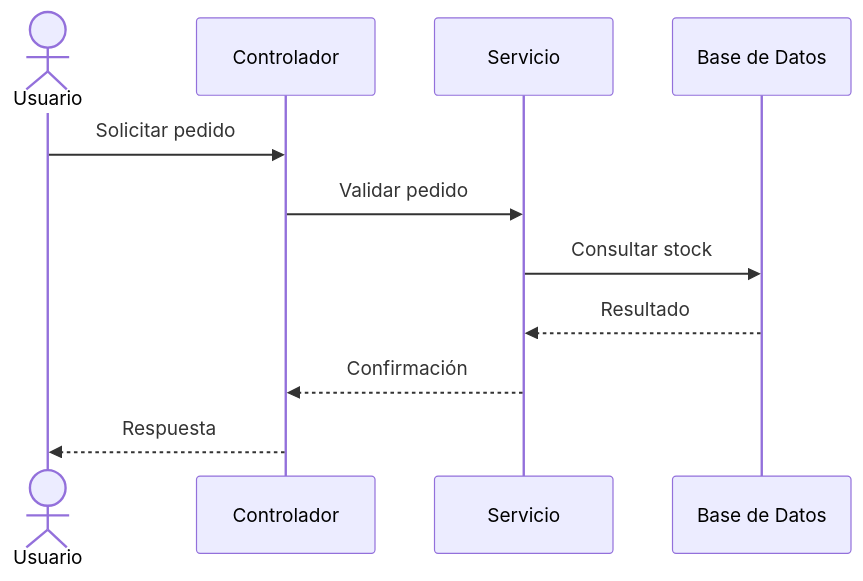
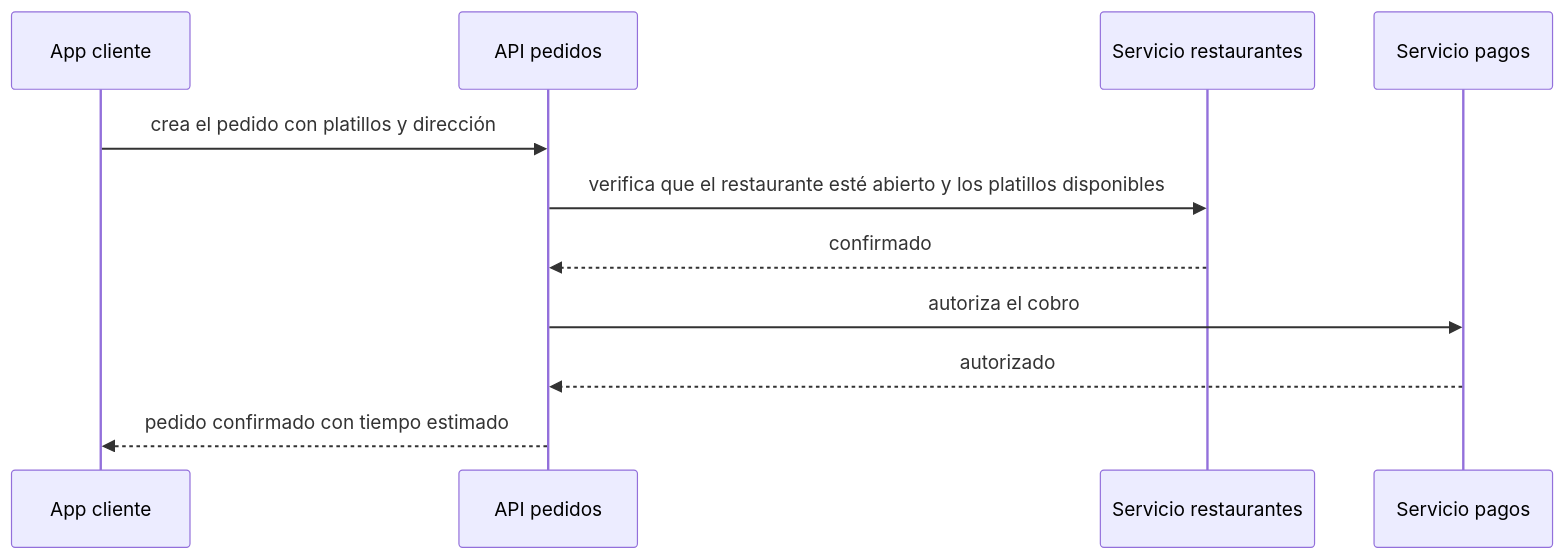
The second of 2 diagrams in public/documents/semester-6/1/6153.md (djaimej/computer-science-template), drawn with Mermaid before and after one commit. The commit also changed other lines of this file and 5 other files, not shown here.

````diff
--- a/public/documents/semester-6/1/6153.md
+++ b/public/documents/semester-6/1/6153.md
@@ -151,14 +163,13 @@
 ```mermaid
 sequenceDiagram
-    actor Usuario
-    participant Controlador
-    participant Servicio
-    participant Base de Datos
-
-    Usuario->>Controlador: Solicitar pedido
-    Controlador->>Servicio: Validar pedido
-    Servicio->>Base de Datos: Consultar stock
-    Base de Datos-->>Servicio: Resultado
-    Servicio-->>Controlador: Confirmación
-    Controlador-->>Usuario: Respuesta
+    participant C as App cliente
+    participant P as API pedidos
+    participant R as Servicio restaurantes
+    participant G as Servicio pagos
+    C->>P: crea el pedido con platillos y dirección
+    P->>R: verifica que el restaurante esté abierto y los platillos disponibles
+    R-->>P: confirmado
+    P->>G: autoriza el cobro
+    G-->>P: autorizado
+    P-->>C: pedido confirmado con tiempo estimado
 ```
````
